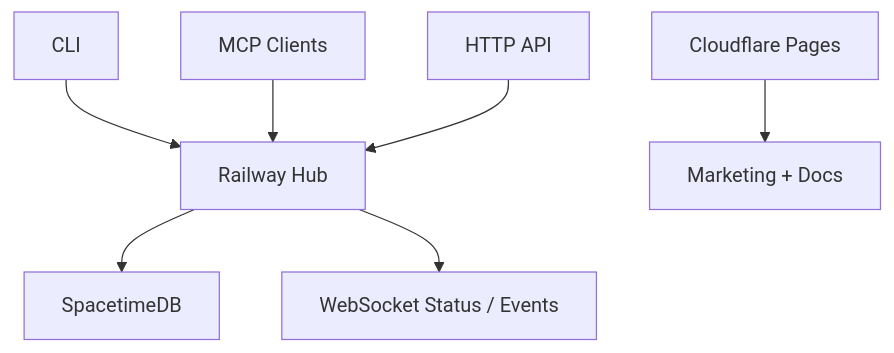
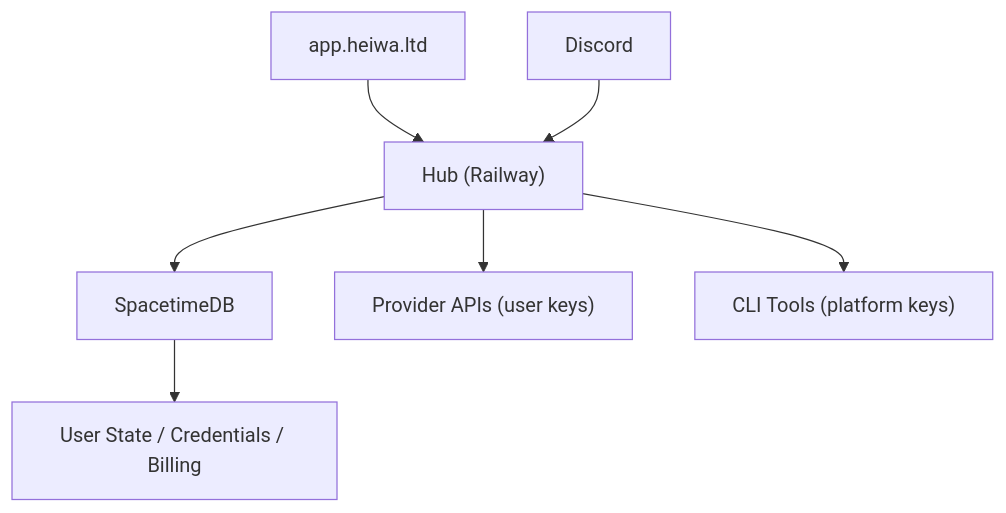
The diagram in README.md (Heiwa-Limited/heiwa-universe), drawn with Mermaid before and after one commit. The commit also changed other lines of this file and 6 other files, not shown here.

````diff
--- a/README.md
+++ b/README.md
@@ -39,9 +39,9 @@
 ```mermaid
 graph TD
-    A["CLI"] --> B["Railway Hub"]
-    C["MCP Clients"] --> B
-    D["HTTP API"] --> B
-    B --> E["SpacetimeDB"]
-    B --> F["WebSocket Status / Events"]
-    G["Cloudflare Pages"] --> H["Marketing + Docs"]
+    A["app.heiwa.ltd"] --> B["Hub (Railway)"]
+    C["Discord"] --> B
+    B --> D["SpacetimeDB"]
+    B --> E["Provider APIs (user keys)"]
+    B --> F["CLI Tools (platform keys)"]
+    D --> G["User State / Credentials / Billing"]
 ```
````
